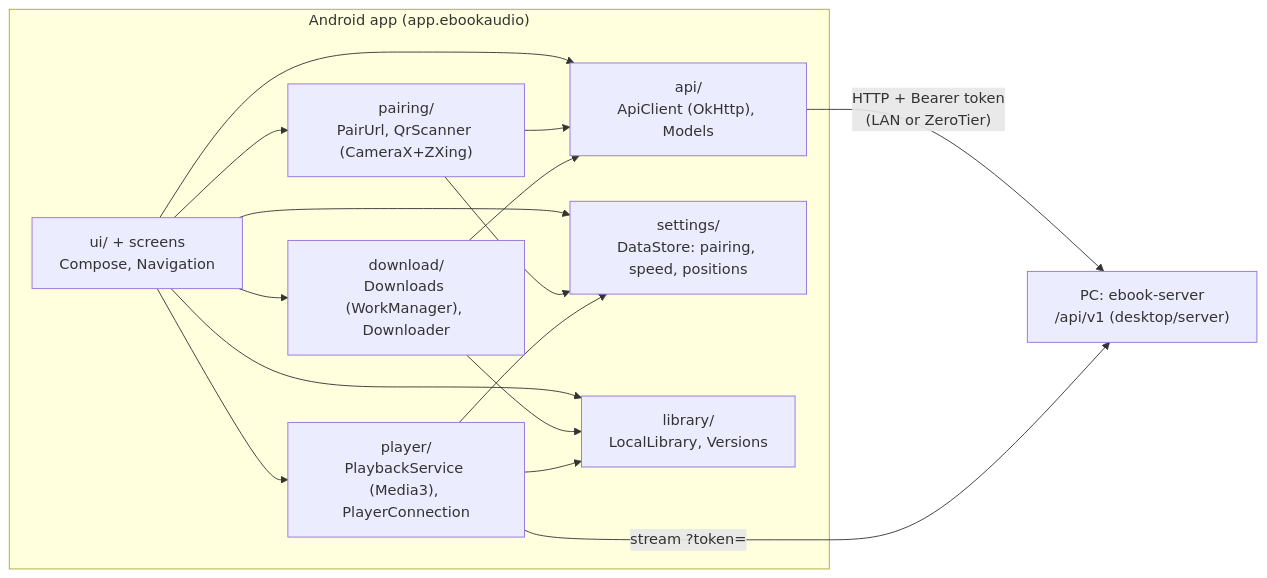
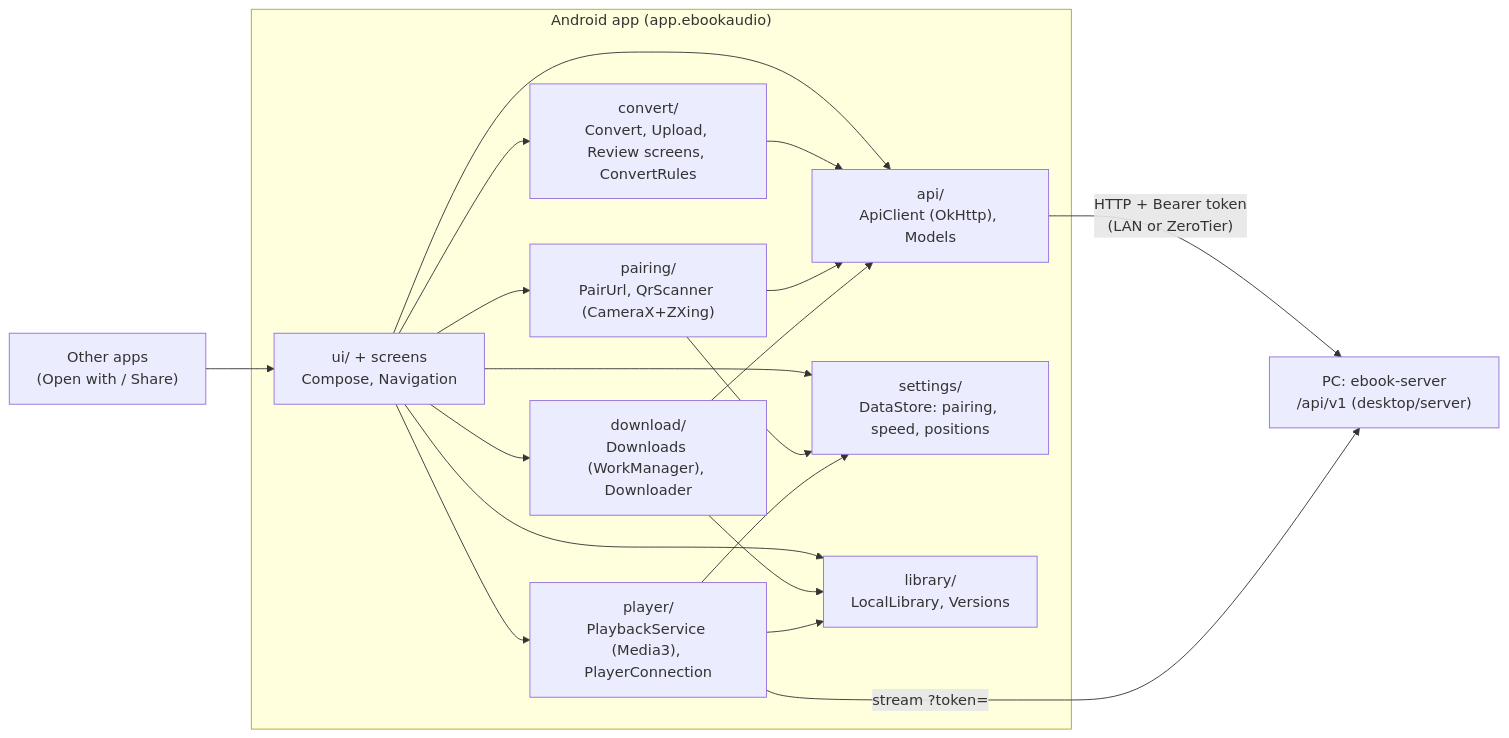
One commit to Fgkl10/ebook-convert-to-audio changed the diagram in android/docs/architecture.md. Above: the diagram before and after it, drawn with Mermaid. The commit also changed other lines of this file and 4 other files, not shown here.

````diff
--- a/android/docs/architecture.md
+++ b/android/docs/architecture.md
@@ -9,22 +11,25 @@
 ```mermaid
 flowchart LR
   subgraph Phone["Android app (app.ebookaudio)"]
     UI["ui/ + screens<br/>Compose, Navigation"]
     PAIR["pairing/<br/>PairUrl, QrScanner (CameraX+ZXing)"]
     API["api/<br/>ApiClient (OkHttp), Models"]
     SET["settings/<br/>DataStore: pairing, speed, positions"]
     LIB["library/<br/>LocalLibrary, Versions"]
     DL["download/<br/>Downloads (WorkManager), Downloader"]
     PL["player/<br/>PlaybackService (Media3), PlayerConnection"]
+    CONV["convert/<br/>Convert, Upload, Review screens, ConvertRules"]
   end
+  OTHER["Other apps<br/>(Open with / Share)"] --> UI
   PC["PC: ebook-server<br/>/api/v1 (desktop/server)"]
-  UI --> PAIR & API & LIB & DL & PL & SET
+  UI --> PAIR & API & LIB & DL & PL & SET & CONV
+  CONV --> API
   PAIR --> API
   PAIR --> SET
   DL --> API
   DL --> LIB
   PL --> LIB
   PL --> SET
   API -- "HTTP + Bearer token<br/>(LAN or ZeroTier)" --> PC
   PL -- "stream ?token=" --> PC
 ```
````
